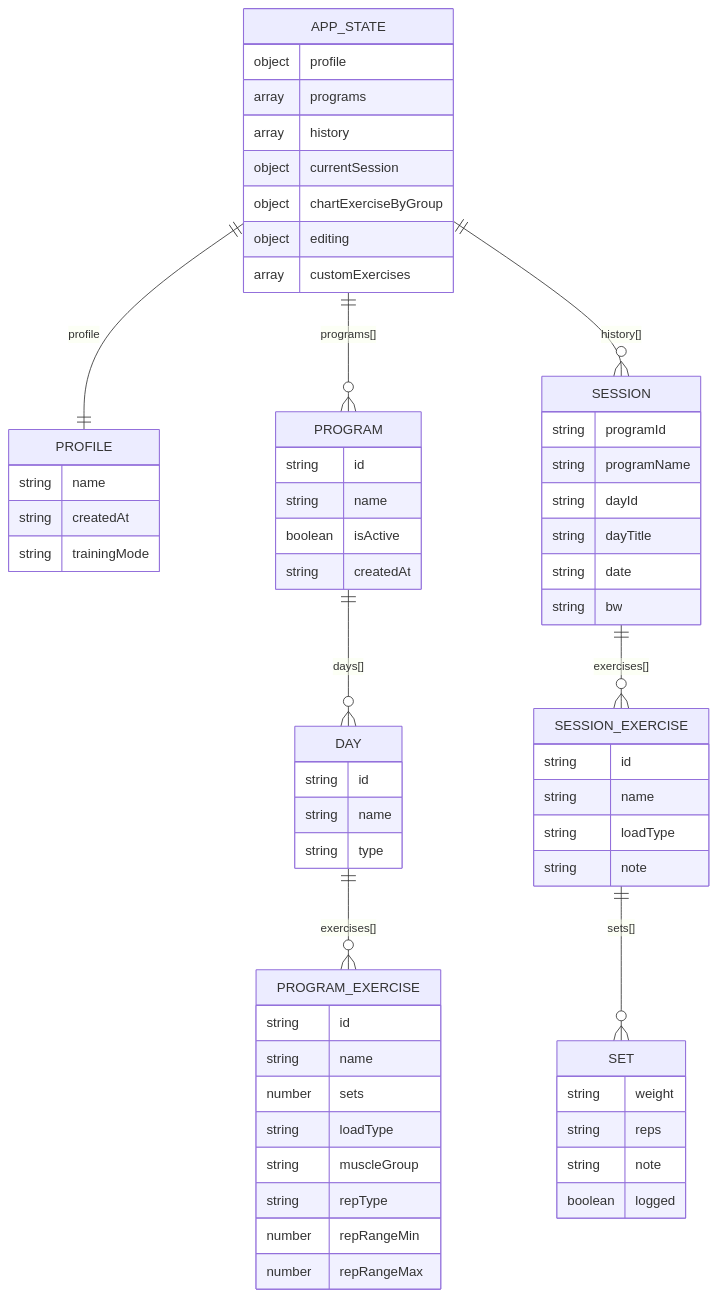
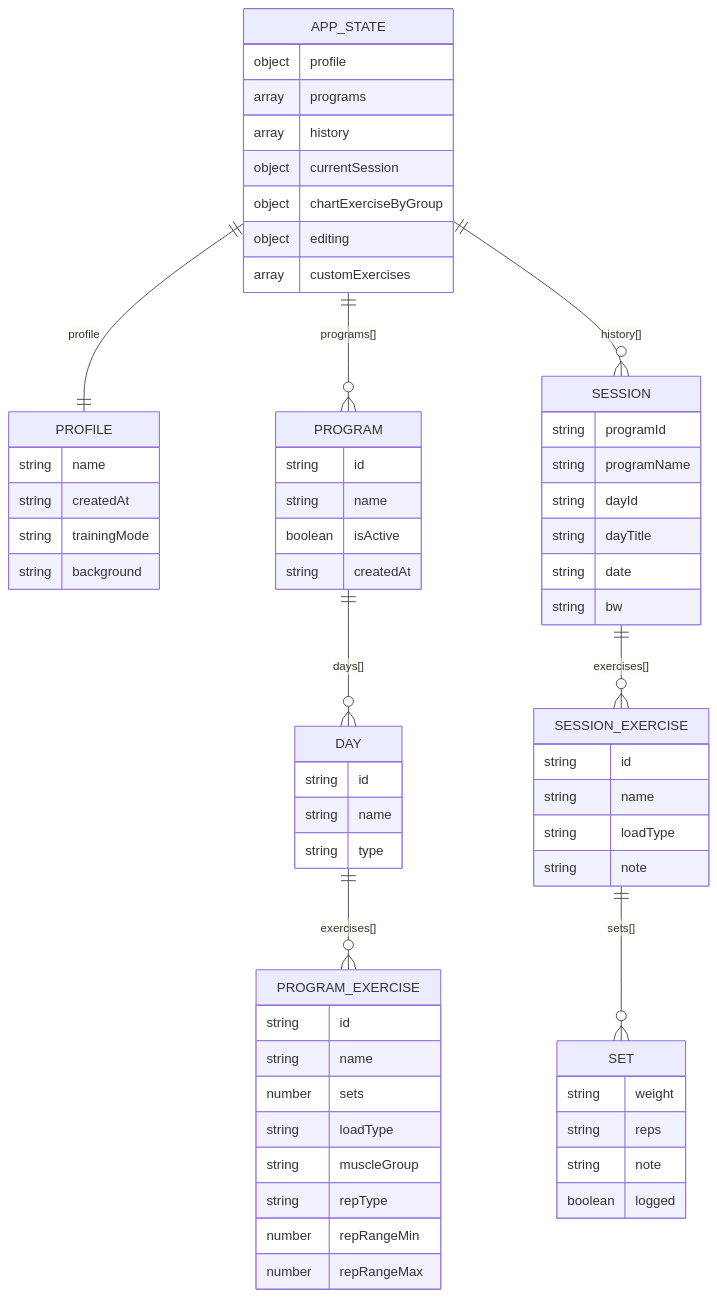
One commit to reidrussell-alt/plate-log changed the fourth of 8 diagrams in ARCHITECTURE.md. Above: the diagram before and after it, drawn with Mermaid. The commit also changed other lines of this file and 94 other files, not shown here.

````diff
--- a/ARCHITECTURE.md
+++ b/ARCHITECTURE.md
@@ -249,73 +273,74 @@
 ```mermaid
 erDiagram
     APP_STATE {
         object profile
         array programs
         array history
         object currentSession
         object chartExerciseByGroup
         object editing
         array customExercises
     }
 
     PROFILE {
         string name
         string createdAt
         string trainingMode
+        string background
     }
 
     PROGRAM {
         string id
         string name
         boolean isActive
         string createdAt
     }
 
     DAY {
         string id
         string name
         string type
     }
 
     PROGRAM_EXERCISE {
         string id
         string name
         number sets
         string loadType
         string muscleGroup
         string repType
         number repRangeMin
         number repRangeMax
     }
 
     SESSION {
         string programId
         string programName
         string dayId
         string dayTitle
         string date
         string bw
     }
 
     SESSION_EXERCISE {
         string id
         string name
         string loadType
         string note
     }
 
     SET {
         string weight
         string reps
         string note
         boolean logged
     }
 
     APP_STATE ||--|| PROFILE : "profile"
     APP_STATE ||--o{ PROGRAM : "programs[]"
     PROGRAM ||--o{ DAY : "days[]"
     DAY ||--o{ PROGRAM_EXERCISE : "exercises[]"
     APP_STATE ||--o{ SESSION : "history[]"
     SESSION ||--o{ SESSION_EXERCISE : "exercises[]"
     SESSION_EXERCISE ||--o{ SET : "sets[]"
 ```
````
